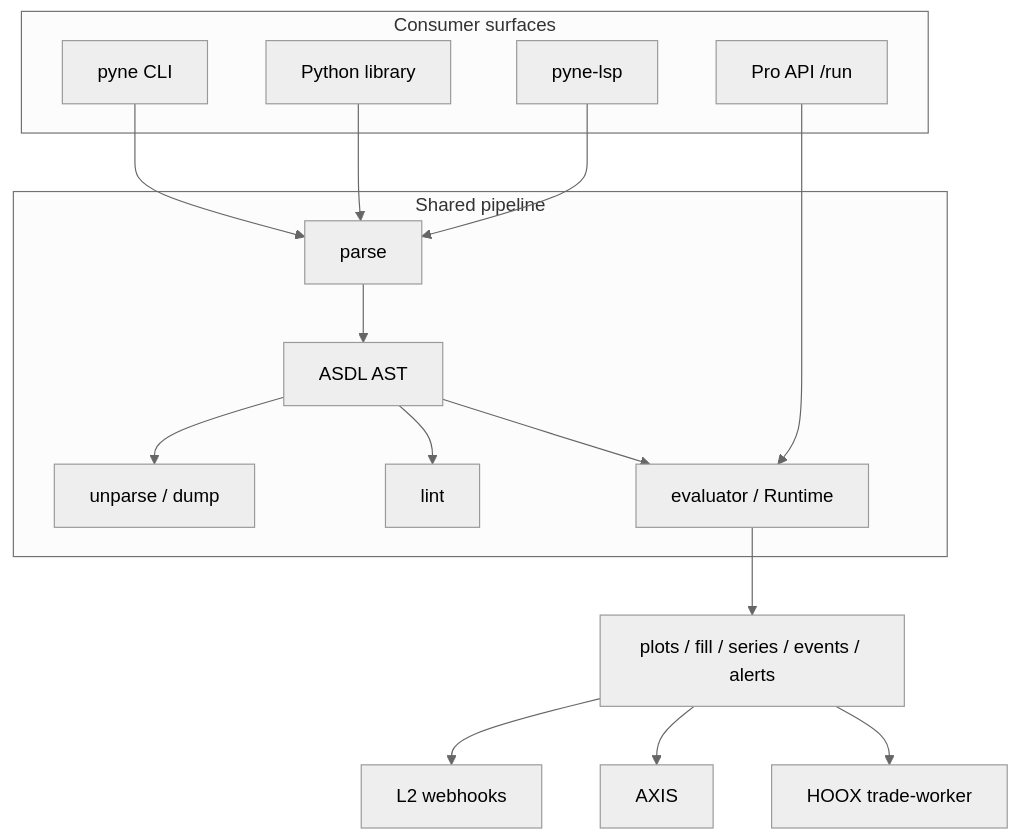
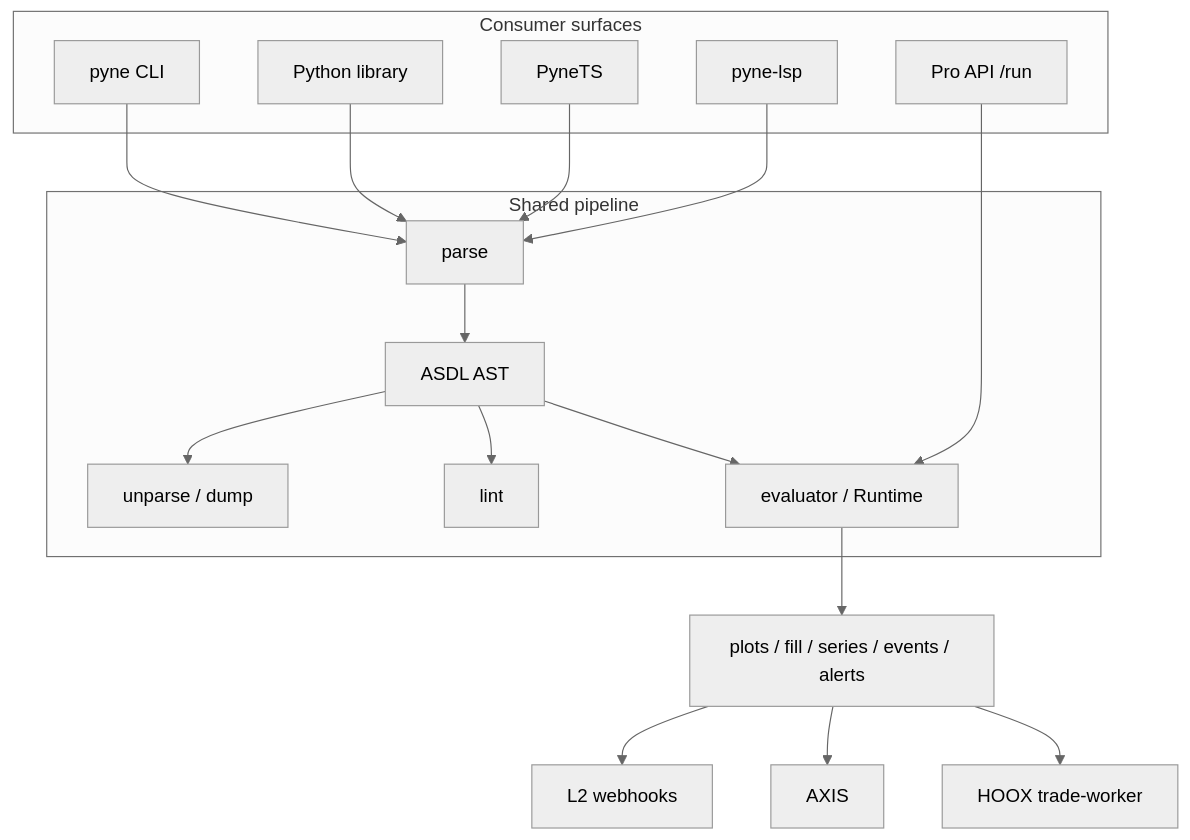
Before and after one commit to hoox-sh/pyne: the diagram in docs/pyne/enduser/index.mdx, drawn with Mermaid (neutral theme). The commit also changed other lines of this file and 60 other files, not shown here.

````diff
--- a/docs/pyne/enduser/index.mdx
+++ b/docs/pyne/enduser/index.mdx
@@ -46,28 +46,30 @@
 ```mermaid
 flowchart TB
   subgraph consumers [Consumer surfaces]
     CLI[pyne CLI]
     LIB[Python library]
+    TS[PyneTS]
     LSP[pyne-lsp]
     HTTP[Pro API /run]
   end
   subgraph pipeline [Shared pipeline]
     P[parse]
     A[ASDL AST]
     U[unparse / dump]
     L[lint]
     E[evaluator / Runtime]
   end
   CLI --> P
   LIB --> P
+  TS --> P
   LSP --> P
   HTTP --> E
   P --> A
   A --> U
   A --> L
   A --> E
   E --> OUT[plots / fill / series / events / alerts]
   OUT --> WH[L2 webhooks]
   OUT --> AXIS[AXIS]
   OUT --> HOOX[HOOX trade-worker]
 ```
````
